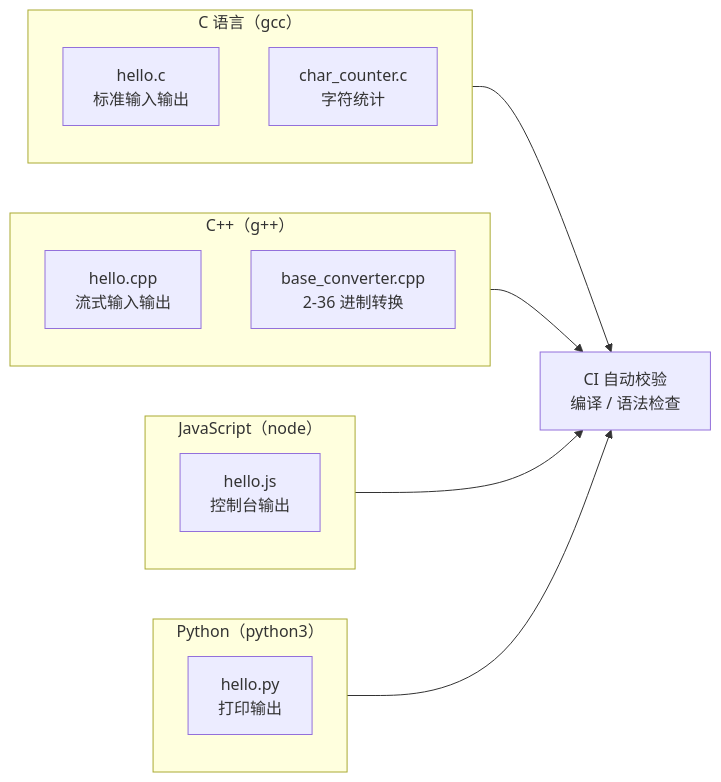
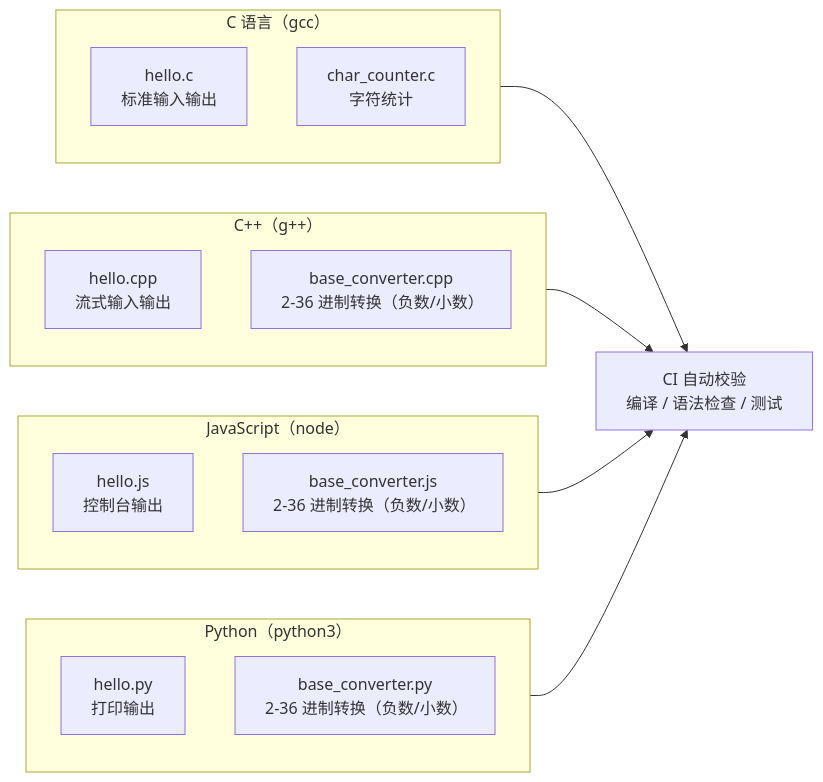
Before and after one commit to xiaomaozjj666/programming-exercises: the second of 2 diagrams in README.md, drawn with Mermaid. The commit also changed other lines of this file and 21 other files, not shown here.

````diff
--- a/README.md
+++ b/README.md
@@ -16,21 +64,23 @@
 ```mermaid
 flowchart LR
     subgraph C["C 语言（gcc）"]
         C1["hello.c<br/>标准输入输出"]
         C2["char_counter.c<br/>字符统计"]
     end
     subgraph CPP["C++（g++）"]
         P1["hello.cpp<br/>流式输入输出"]
-        P2["base_converter.cpp<br/>2-36 进制转换"]
+        P2["base_converter.cpp<br/>2-36 进制转换（负数/小数）"]
     end
     subgraph JS["JavaScript（node）"]
         J1["hello.js<br/>控制台输出"]
+        J2["base_converter.js<br/>2-36 进制转换（负数/小数）"]
     end
     subgraph PY["Python（python3）"]
         Y1["hello.py<br/>打印输出"]
+        Y2["base_converter.py<br/>2-36 进制转换（负数/小数）"]
     end
-    C --> CHK["CI 自动校验<br/>编译 / 语法检查"]
+    C --> CHK["CI 自动校验<br/>编译 / 语法检查 / 测试"]
     CPP --> CHK
     JS --> CHK
     PY --> CHK
 ```
````
